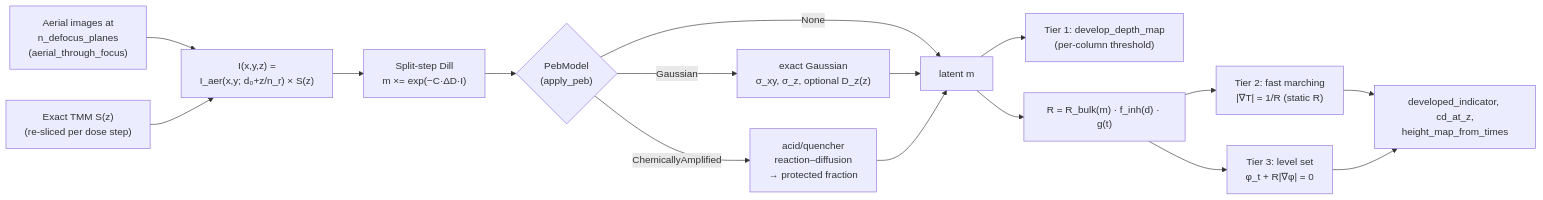
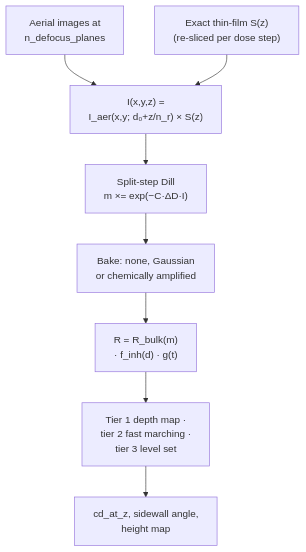
Before and after one commit to sonoransun/highuvlith: the first of 2 diagrams in docs/processes/volumetric-exposure.md, drawn with Mermaid. The commit also changed other lines of this file and 615 other files, not shown here.

````diff
--- a/docs/processes/volumetric-exposure.md
+++ b/docs/processes/volumetric-exposure.md
@@ -20,18 +65,8 @@
 ```mermaid
-flowchart LR
-    AER["Aerial images at<br/>n_defocus_planes<br/>(aerial_through_focus)"] --> SEP["I(x,y,z) =<br/>I_aer(x,y; d₀+z/n_r) × S(z)"]
-    TMM["Exact TMM S(z)<br/>(re-sliced per dose step)"] --> SEP
-    SEP --> DILL["Split-step Dill<br/>m ×= exp(−C·ΔD·I)"]
-    DILL --> PEB{"PebModel<br/>(apply_peb)"}
-    PEB -->|None| M["latent m"]
-    PEB -->|Gaussian| GA["exact Gaussian<br/>σ_xy, σ_z, optional D_z(z)"]
-    PEB -->|ChemicallyAmplified| CAR["acid/quencher<br/>reaction–diffusion<br/>→ protected fraction"]
-    GA --> M
-    CAR --> M
-    M --> T1["Tier 1: develop_depth_map<br/>(per-column threshold)"]
-    M --> RATE["R = R_bulk(m) · f_inh(d) · g(t)"]
-    RATE --> T2["Tier 2: fast marching<br/>|∇T| = 1/R (static R)"]
-    RATE --> T3["Tier 3: level set<br/>φ_t + R|∇φ| = 0"]
-    T2 --> MET["developed_indicator, cd_at_z,<br/>height_map_from_times"]
-    T3 --> MET
+flowchart TD
+    AER["Aerial images at<br/>n_defocus_planes"] --> SEP["I(x,y,z) =<br/>I_aer(x,y; d₀+z/n_r) × S(z)"]
+    TMM["Exact thin-film S(z)<br/>(re-sliced per dose step)"] --> SEP
+    SEP --> DILL["Split-step Dill<br/>m ×= exp(−C·ΔD·I)"] --> PEB["Bake: none, Gaussian<br/>or chemically amplified"]
+    PEB --> RATE["R = R_bulk(m)<br/>· f_inh(d) · g(t)"] --> TIERS["Tier 1 depth map ·<br/>tier 2 fast marching ·<br/>tier 3 level set"]
+    TIERS --> MET["cd_at_z, sidewall angle,<br/>height map"]
 ```
````
